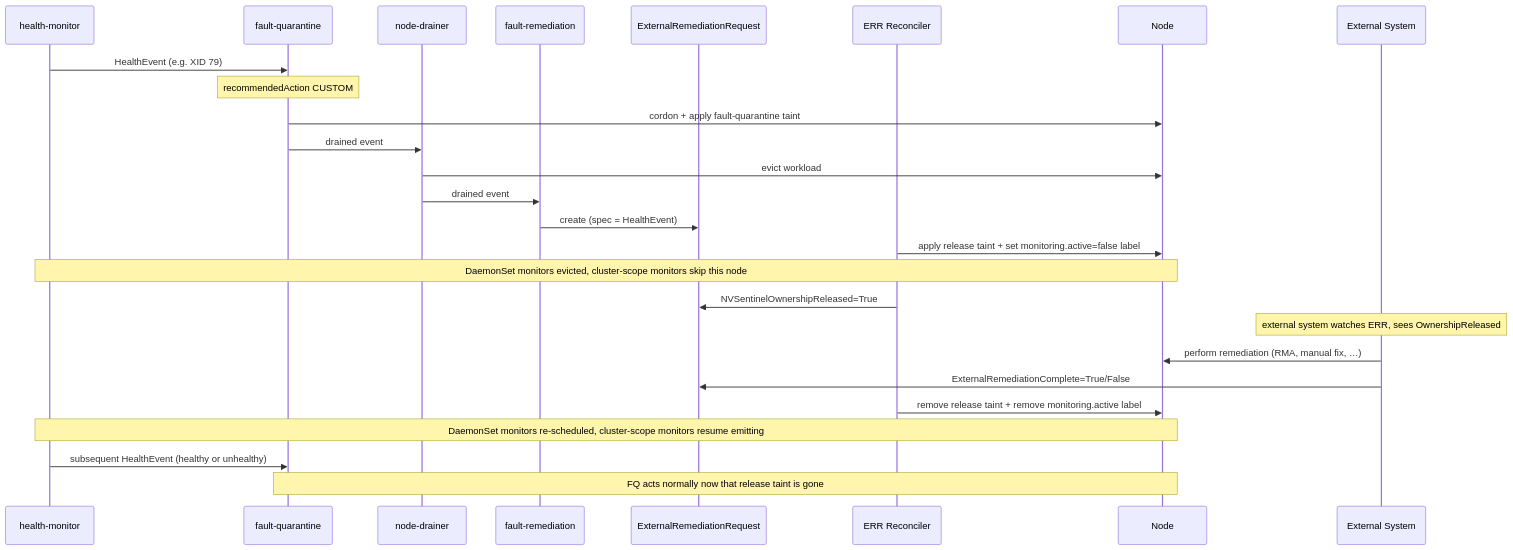
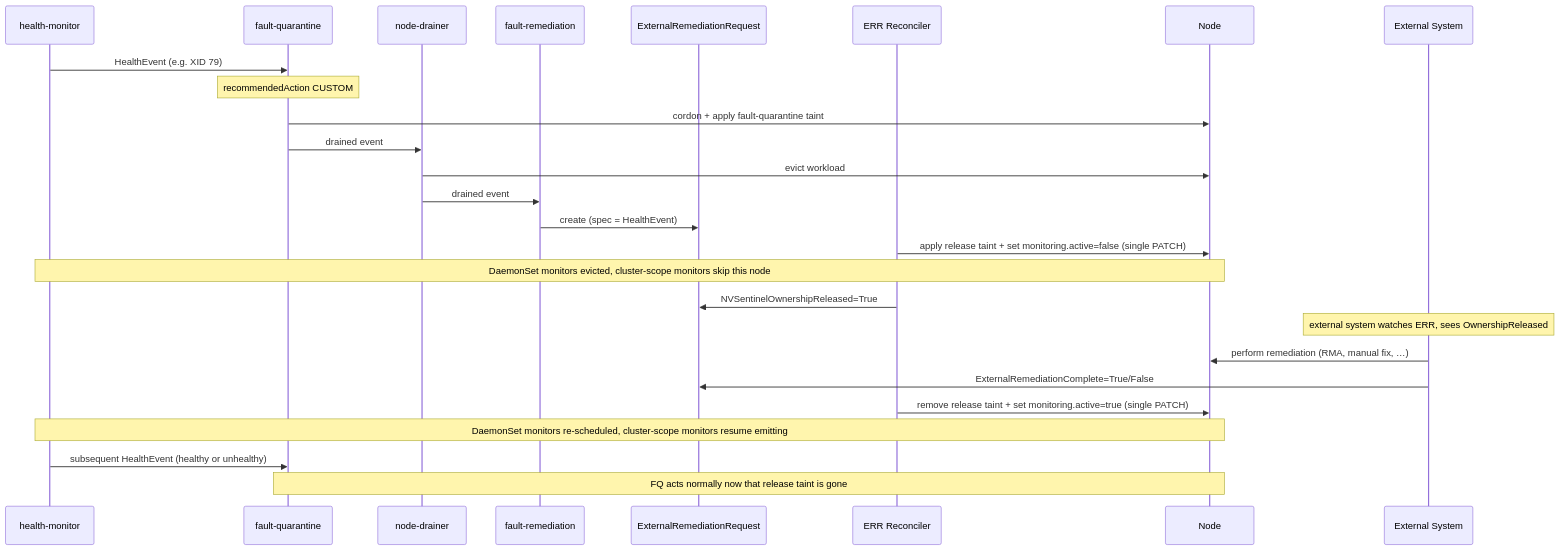
Before and after one commit to NVIDIA/NVSentinel: the diagram in docs/designs/040-external-remediation-request.md, drawn with Mermaid. The commit also changed other lines of this file, not shown here.

````diff
--- a/docs/designs/040-external-remediation-request.md
+++ b/docs/designs/040-external-remediation-request.md
@@ -322,29 +335,29 @@
 ```mermaid
 sequenceDiagram
     participant HM as health-monitor
     participant FQ as fault-quarantine
     participant ND as node-drainer
     participant FR as fault-remediation
     participant ERR as ExternalRemediationRequest
     participant RC as ERR Reconciler
     participant N as Node
     participant EXT as External System
 
     HM->>FQ: HealthEvent (e.g. XID 79)
     Note over FQ: recommendedAction CUSTOM
     FQ->>N: cordon + apply fault-quarantine taint
     FQ->>ND: drained event
     ND->>N: evict workload
     ND->>FR: drained event
     FR->>ERR: create (spec = HealthEvent)
-    RC->>N: apply release taint + set monitoring.active=false label
+    RC->>N: apply release taint + set monitoring.active=false (single PATCH)
     Note over HM,N: DaemonSet monitors evicted, cluster-scope monitors skip this node
     RC->>ERR: NVSentinelOwnershipReleased=True
     Note over EXT: external system watches ERR, sees OwnershipReleased
     EXT->>N: perform remediation (RMA, manual fix, …)
     EXT->>ERR: ExternalRemediationComplete=True/False
-    RC->>N: remove release taint + remove monitoring.active label
+    RC->>N: remove release taint + set monitoring.active=true (single PATCH)
     Note over HM,N: DaemonSet monitors re-scheduled, cluster-scope monitors resume emitting
     HM->>FQ: subsequent HealthEvent (healthy or unhealthy)
     Note over FQ,N: FQ acts normally now that release taint is gone
 ```
````
